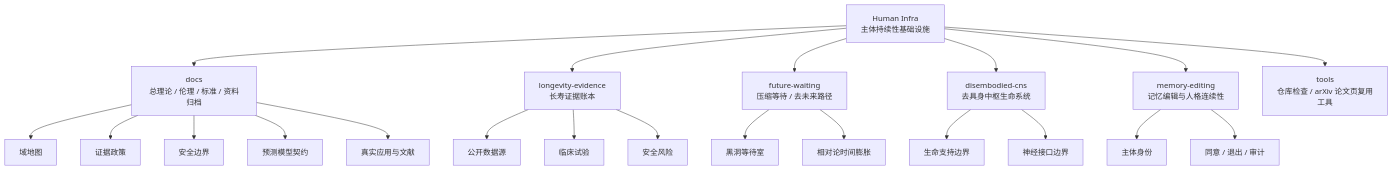
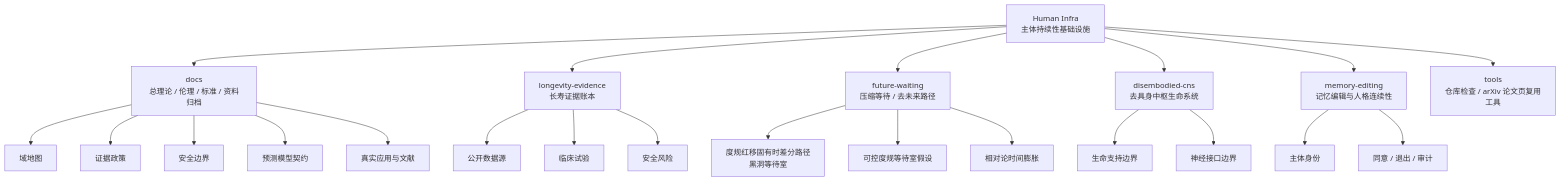
The third of 5 diagrams in README.md (123olp/ys), drawn with Mermaid before and after one commit. The commit also changed other lines of this file and 175 other files, not shown here.

````diff
--- a/README.md
+++ b/README.md
@@ -185,30 +190,31 @@
 ```mermaid
 flowchart TD
     H[Human Infra<br/>主体持续性基础设施]
 
     H --> D[docs<br/>总理论 / 伦理 / 标准 / 资料归档]
     H --> L[longevity-evidence<br/>长寿证据账本]
     H --> F[future-waiting<br/>压缩等待 / 去未来路径]
     H --> C[disembodied-cns<br/>去具身中枢生命系统]
     H --> M[memory-editing<br/>记忆编辑与人格连续性]
     H --> T[tools<br/>仓库检查 / arXiv 论文页复用工具]
 
     D --> DM[域地图]
     D --> EP[证据政策]
     D --> SB[安全边界]
     D --> PM[预测模型契约]
     D --> AL[真实应用与文献]
 
     L --> DS[公开数据源]
     L --> CT[临床试验]
     L --> SR[安全风险]
 
-    F --> BH[黑洞等待室]
+    F --> BH[度规红移固有时差分路径<br/>黑洞等待室]
+    F --> MW[可控度规等待室假设]
     F --> TD[相对论时间膨胀]
 
     C --> LS[生命支持边界]
     C --> NI[神经接口边界]
 
     M --> ID[主体身份]
     M --> AU[同意 / 退出 / 审计]
 ```
````
